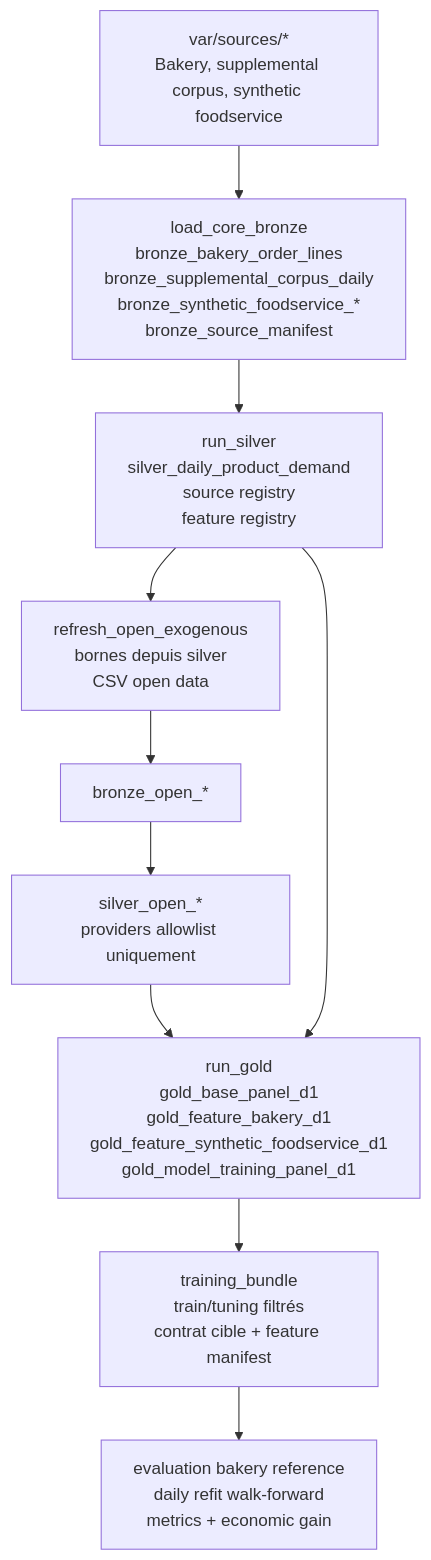
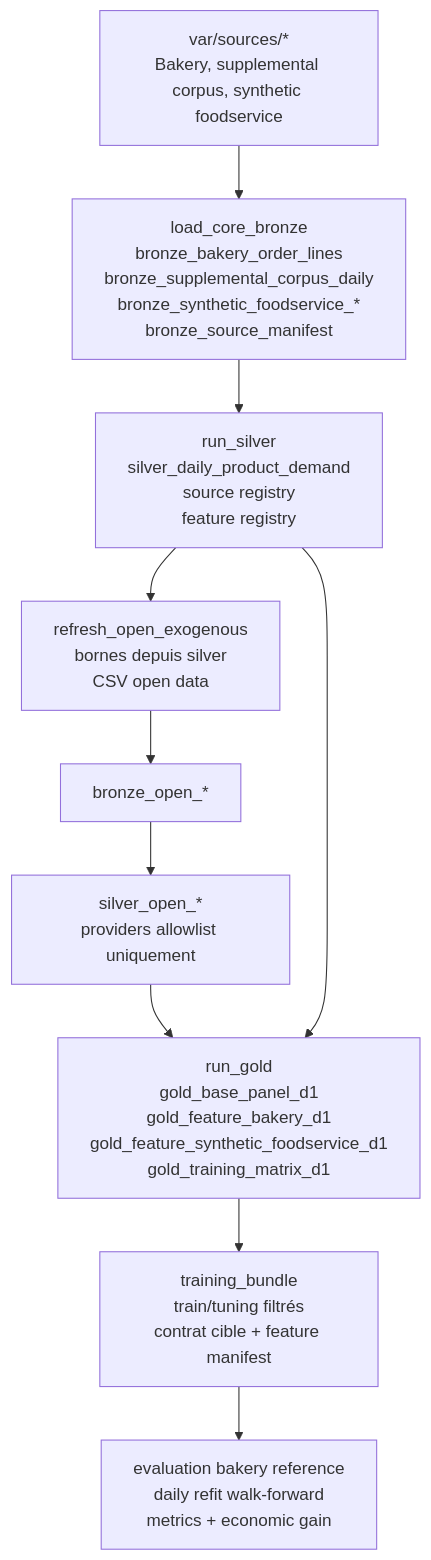
Before and after one commit to StevenPvr/demand-forcasting: the diagram in docs/data_engineering/medaillon/architecture_actuelle.md, drawn with Mermaid. The commit also changed other lines of this file and 48 other files, not shown here.

````diff
--- a/docs/data_engineering/medaillon/architecture_actuelle.md
+++ b/docs/data_engineering/medaillon/architecture_actuelle.md
@@ -7,13 +7,13 @@
 ```mermaid
 flowchart TB
   Sources["var/sources/*<br/>Bakery, supplemental corpus, synthetic foodservice"] --> BronzeCore
   BronzeCore["load_core_bronze<br/>bronze_bakery_order_lines<br/>bronze_supplemental_corpus_daily<br/>bronze_synthetic_foodservice_*<br/>bronze_source_manifest"] --> SilverCore
   SilverCore["run_silver<br/>silver_daily_product_demand<br/>source registry<br/>feature registry"] --> OpenFetch
   OpenFetch["refresh_open_exogenous<br/>bornes depuis silver<br/>CSV open data"] --> BronzeOpen
   BronzeOpen["bronze_open_*"] --> SilverExog
   SilverExog["silver_open_*<br/>providers allowlist uniquement"] --> Gold
   SilverCore --> Gold
-  Gold["run_gold<br/>gold_base_panel_d1<br/>gold_feature_bakery_d1<br/>gold_feature_synthetic_foodservice_d1<br/>gold_model_training_panel_d1"] --> Bundle
+  Gold["run_gold<br/>gold_base_panel_d1<br/>gold_feature_bakery_d1<br/>gold_feature_synthetic_foodservice_d1<br/>gold_training_matrix_d1"] --> Bundle
   Bundle["training_bundle<br/>train/tuning filtrés<br/>contrat cible + feature manifest"] --> Evaluation
   Evaluation["evaluation bakery reference<br/>daily refit walk-forward<br/>metrics + economic gain"]
 ```
````
